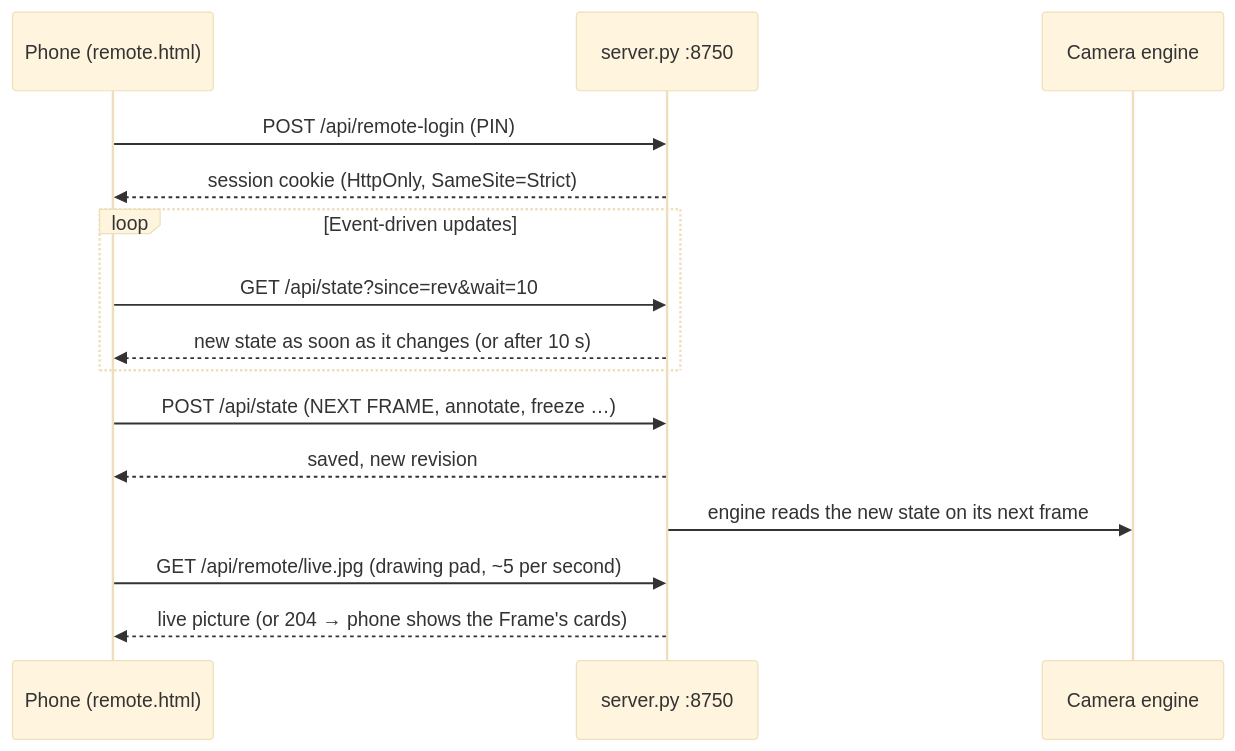
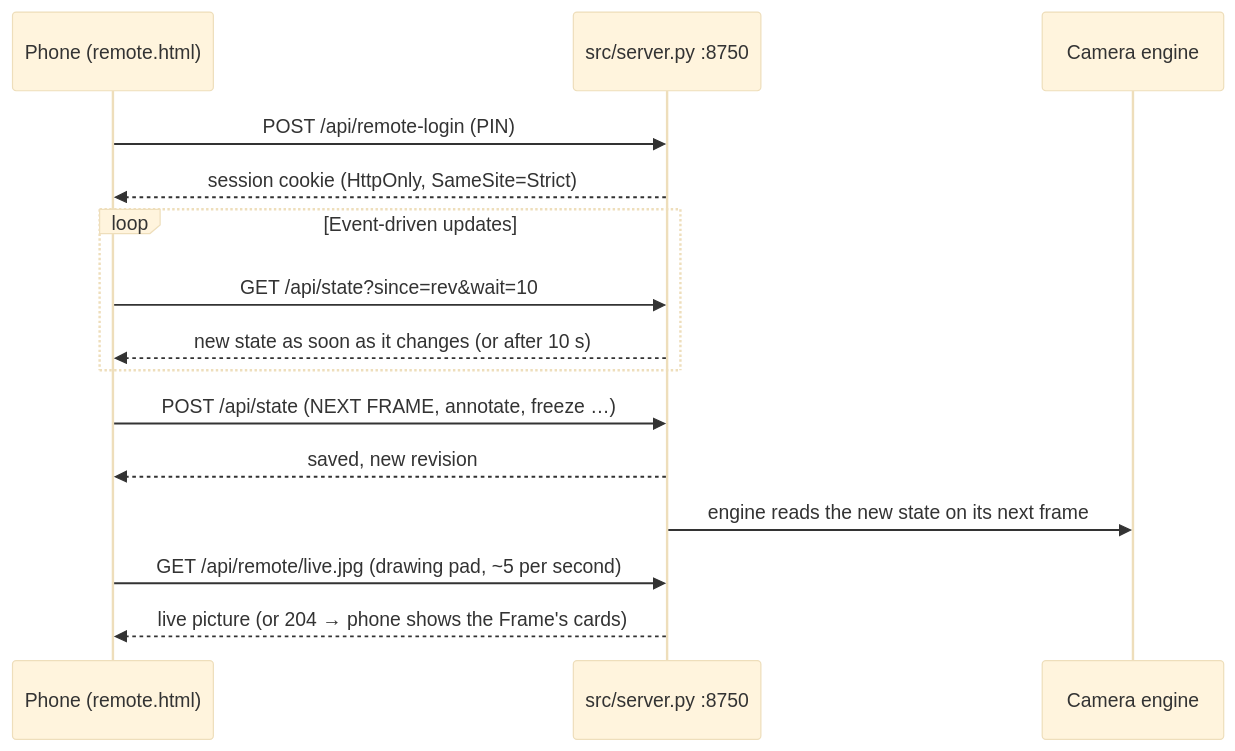
Before and after one commit to mshobin/FrameDecks: the fourth of 8 diagrams in docs/ARCHITECTURE.md, drawn with Mermaid (base theme). The commit also changed other lines of this file and 109 other files, not shown here.

First line of the commit message:
Reorganize root: Python modules to src/, community docs to .github/, licences to legal/, changelog and roadmap to docs/, ruff config to config/

````diff
--- a/docs/ARCHITECTURE.md
+++ b/docs/ARCHITECTURE.md
@@ -132,17 +132,17 @@
 ```mermaid
 sequenceDiagram
   participant P as Phone (remote.html)
-  participant S as server.py :8750
+  participant S as src/server.py :8750
   participant E as Camera engine
   P->>S: POST /api/remote-login (PIN)
   S-->>P: session cookie (HttpOnly, SameSite=Strict)
   loop Event-driven updates
     P->>S: GET /api/state?since=rev&wait=10
     S-->>P: new state as soon as it changes (or after 10 s)
   end
   P->>S: POST /api/state (NEXT FRAME, annotate, freeze …)
   S-->>P: saved, new revision
   S->>E: engine reads the new state on its next frame
   P->>S: GET /api/remote/live.jpg (drawing pad, ~5 per second)
   S-->>P: live picture (or 204 → phone shows the Frame's cards)
 ```
````
